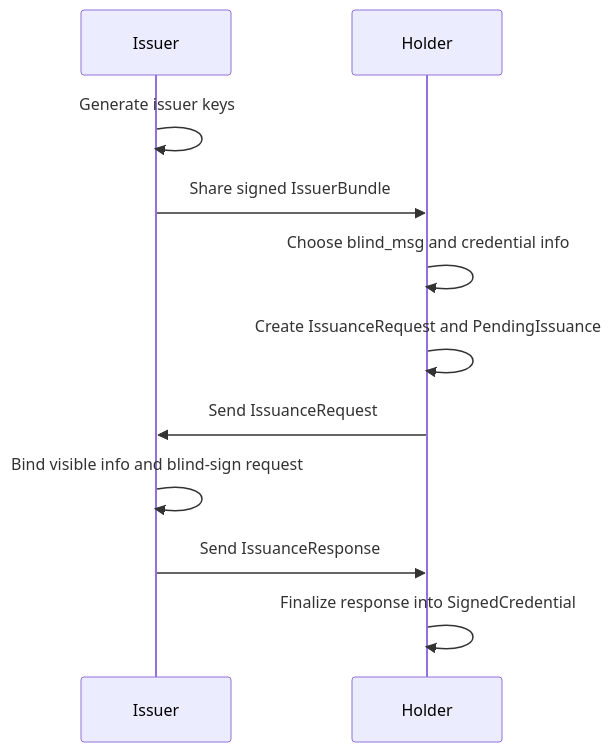
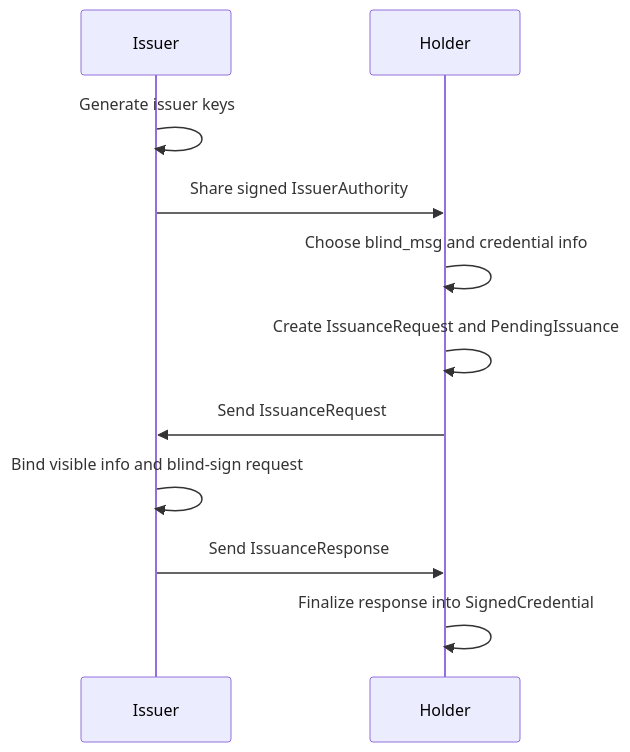
Before and after one commit to fedibtc/credential-sdk: the first of 3 diagrams in docs/protocol-flow.md, drawn with Mermaid. The commit also changed other lines of this file and 28 other files, not shown here.

Commit message:
Rename issuer bundle terminology to issuer authority

````diff
--- a/docs/protocol-flow.md
+++ b/docs/protocol-flow.md
@@ -12,14 +12,14 @@
 ```mermaid
 sequenceDiagram
   participant I as Issuer
   participant H as Holder
 
   I->>I: Generate issuer keys
-  I->>H: Share signed IssuerBundle
+  I->>H: Share signed IssuerAuthority
   H->>H: Choose blind_msg and credential info
   H->>H: Create IssuanceRequest and PendingIssuance
   H->>I: Send IssuanceRequest
   I->>I: Bind visible info and blind-sign request
   I->>H: Send IssuanceResponse
   H->>H: Finalize response into SignedCredential
 ```
````
